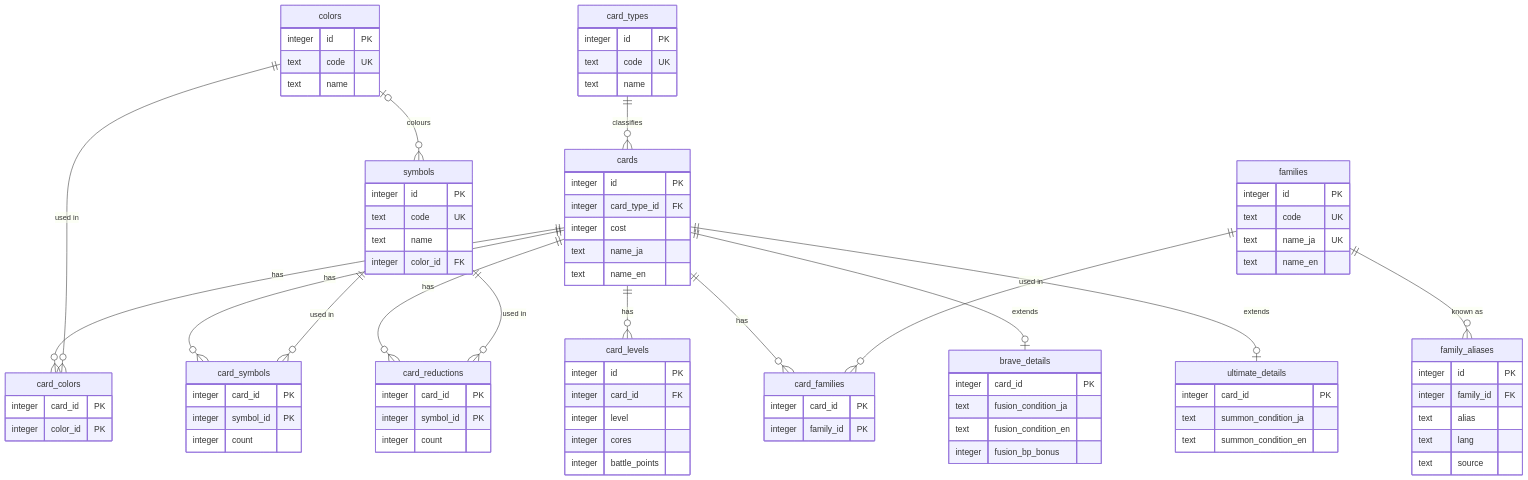
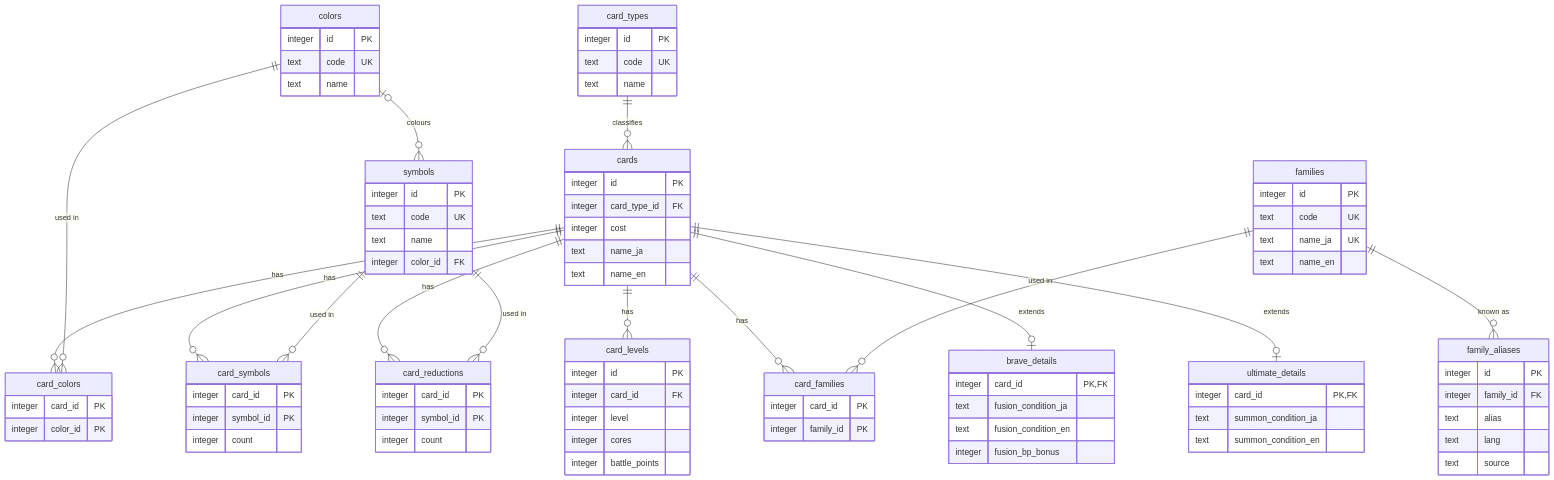
One commit to AleFire99/BS_Database changed the second of 2 diagrams in docs/data-model/target-schema.md. Above: the diagram before and after it, drawn with Mermaid. The commit also changed other lines of this file, not shown here.

```diff
--- a/docs/data-model/target-schema.md
+++ b/docs/data-model/target-schema.md
@@ -225,13 +225,13 @@
         integer family_id PK
     }
     brave_details {
-        integer card_id PK
+        integer card_id PK, FK
         text fusion_condition_ja
         text fusion_condition_en
         integer fusion_bp_bonus
     }
     ultimate_details {
-        integer card_id PK
+        integer card_id PK, FK
         text summon_condition_ja
         text summon_condition_en
     }
```
